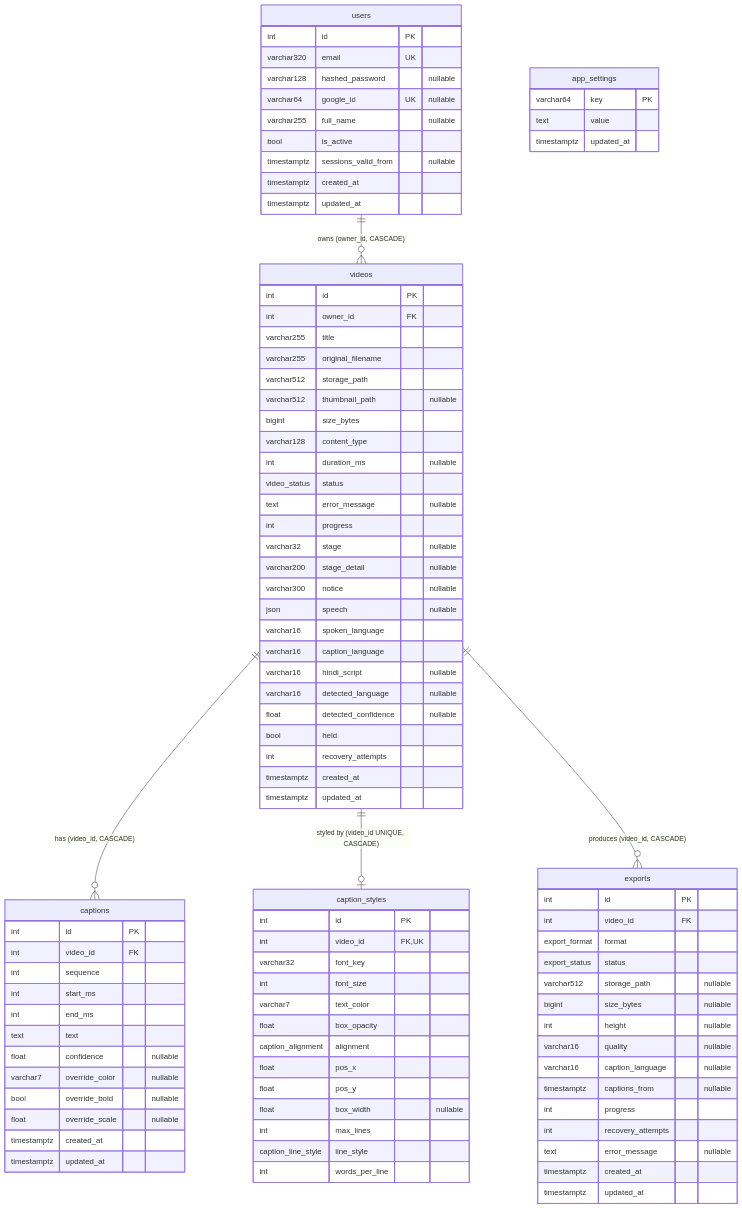
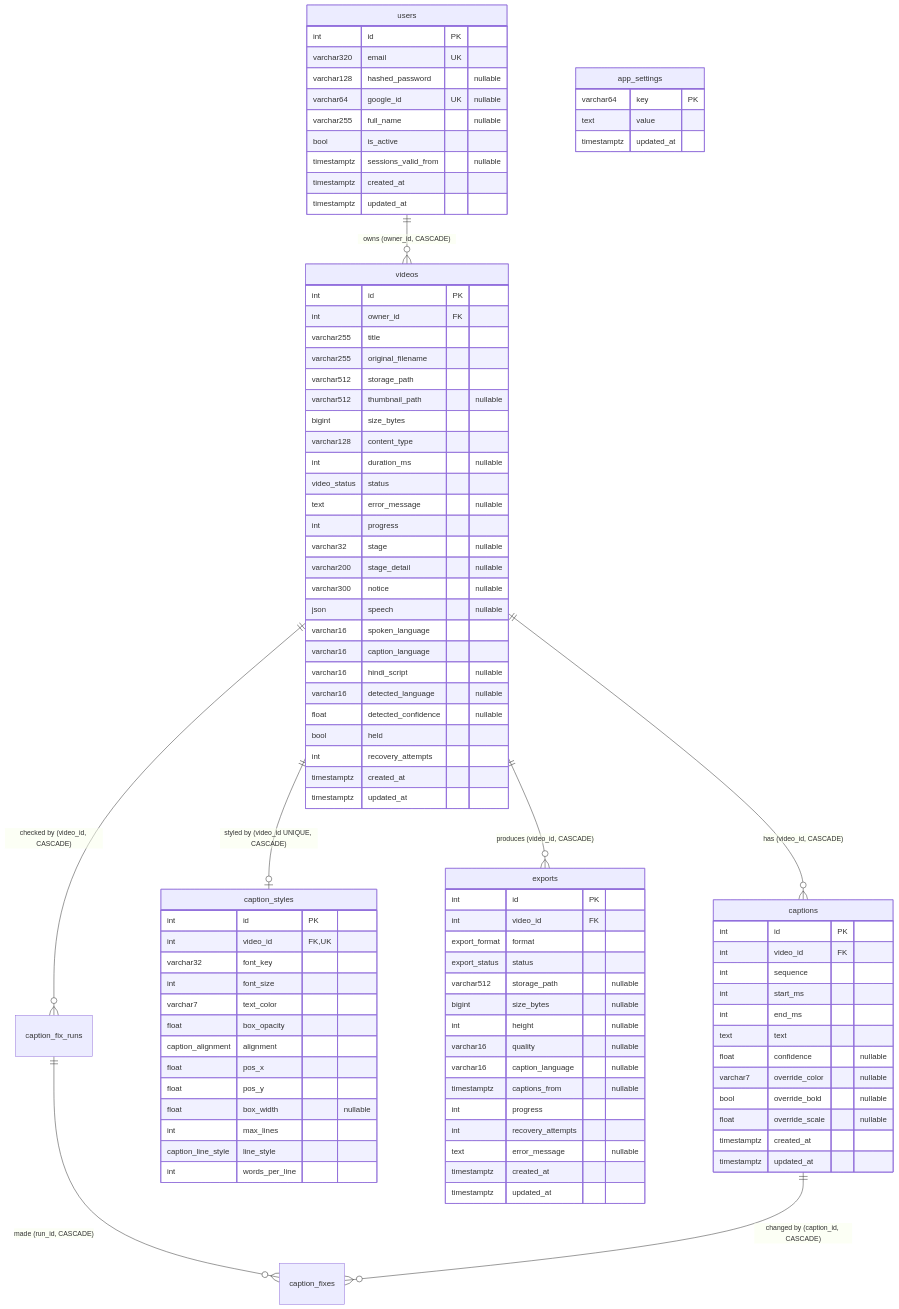
Before and after one commit to Tanush1206/Video-Caption-Maker: the diagram in docs/DATABASE.md, drawn with Mermaid. The commit also changed other lines of this file and 3 other files, not shown here.

```diff
--- a/docs/DATABASE.md
+++ b/docs/DATABASE.md
@@ -69,6 +69,9 @@
     videos ||--o{ captions : "has (video_id, CASCADE)"
     videos ||--o| caption_styles : "styled by (video_id UNIQUE, CASCADE)"
     videos ||--o{ exports : "produces (video_id, CASCADE)"
+    videos ||--o{ caption_fix_runs : "checked by (video_id, CASCADE)"
+    caption_fix_runs ||--o{ caption_fixes : "made (run_id, CASCADE)"
+    captions ||--o{ caption_fixes : "changed by (caption_id, CASCADE)"
 
     users {
         int id PK
```
